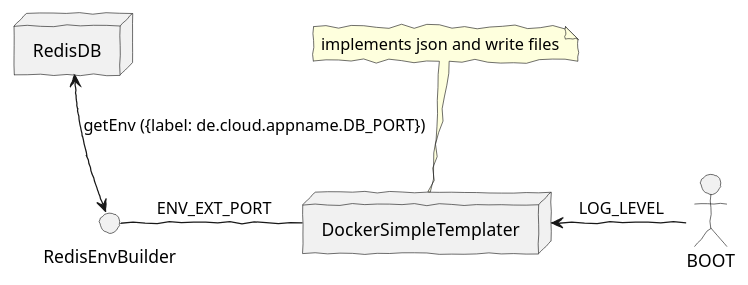
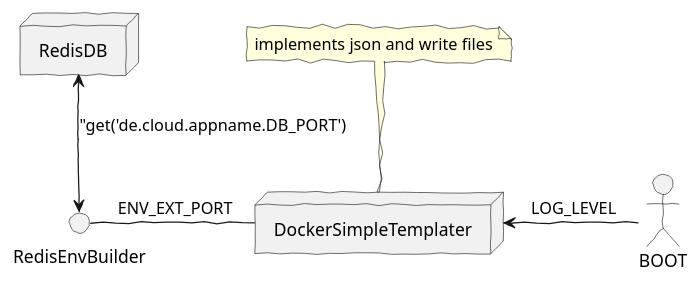
One commit to dockermgeo/DockerSimpleTemplater changed the diagram in docs/dst-architektur.puml. Above: the diagram before and after it, drawn with PlantUML. The commit also changed 1 other file, not shown here.

Commit message:
RedisDB-Client

```diff
--- a/docs/dst-architektur.puml
+++ b/docs/dst-architektur.puml
@@ -1,16 +1,16 @@
 @startuml
 skinparam handwritten true
 
 node RedisDB
 interface RedisEnvBuilder
 actor BOOT
 node DockerSimpleTemplater
 
 
-RedisDB <--> RedisEnvBuilder:"getEnv ({label: de.cloud.appname.DB_PORT})"
+RedisDB <--> RedisEnvBuilder:"get('de.cloud.appname.DB_PORT')
 DockerSimpleTemplater <- BOOT:" LOG_LEVEL"
 RedisEnvBuilder - DockerSimpleTemplater:" ENV_EXT_PORT"
 note top: implements json and write files
 
 
 @enduml
```
